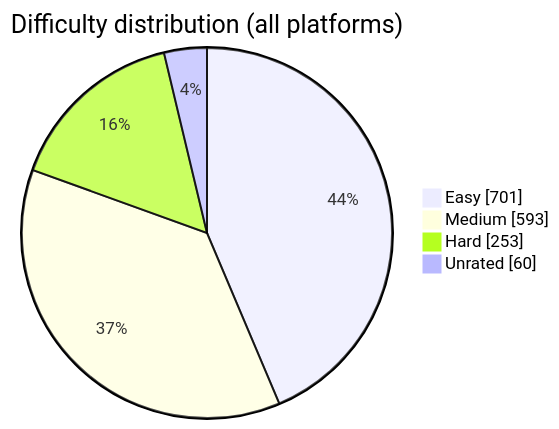
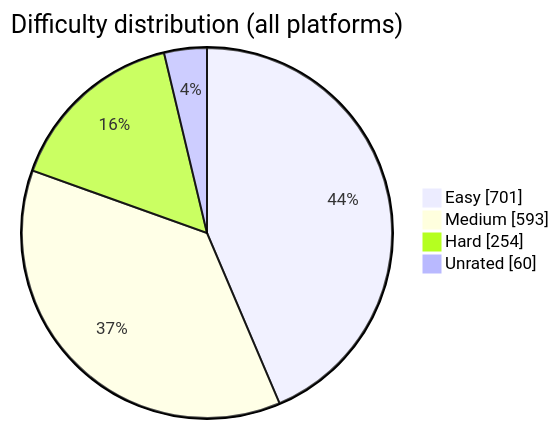
Before and after one commit to BuildbyArindam/Daily-Coding-Log: the diagram in README.md, drawn with Mermaid. The commit also changed other lines of this file, not shown here.

````diff
--- a/README.md
+++ b/README.md
@@ -93,7 +93,7 @@
 ```mermaid
 pie showData title Difficulty distribution (all platforms)
     "Easy" : 701
     "Medium" : 593
-    "Hard" : 253
+    "Hard" : 254
     "Unrated" : 60
 ```
````
